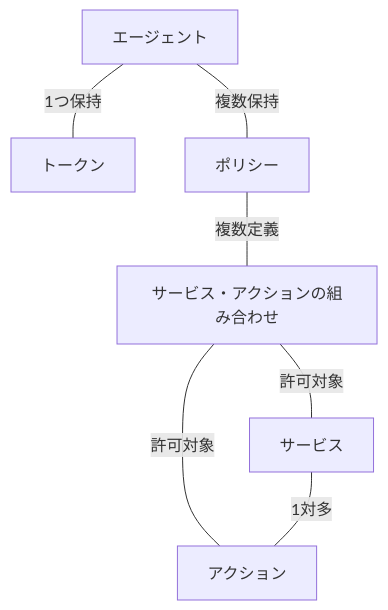
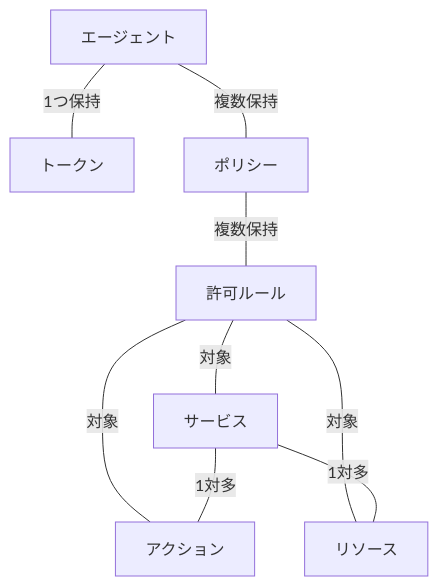
Before and after one commit to atsumarukun/holos-permit-api: the first of 2 diagrams in docs/specs/overview.md, drawn with Mermaid. The commit also changed other lines of this file and 1 other file, not shown here.

````diff
--- a/docs/specs/overview.md
+++ b/docs/specs/overview.md
@@ -52,16 +54,21 @@
 ``` mermaid
 flowchart TD
   Agent["エージェント"]
   Token["トークン"]
   Policy["ポリシー"]
-  Rule["サービス・アクションの組み合わせ"]
+  Rule["許可ルール"]
   Service["サービス"]
   Action["アクション"]
+  Resource["リソース"]
 
   Agent ---|"1つ保持"| Token
   Agent ---|"複数保持"| Policy
-  Policy ---|"複数定義"| Rule
-  Rule ---|"許可対象"| Service
-  Rule ---|"許可対象"| Action
+  Policy ---|"複数保持"| Rule
+
+  Rule ---|"対象"| Service
+  Rule ---|"対象"| Action
+  Rule ---|"対象"| Resource
+
   Service ---|"1対多"| Action
+  Service ---|"1対多"| Resource
 ```
````
